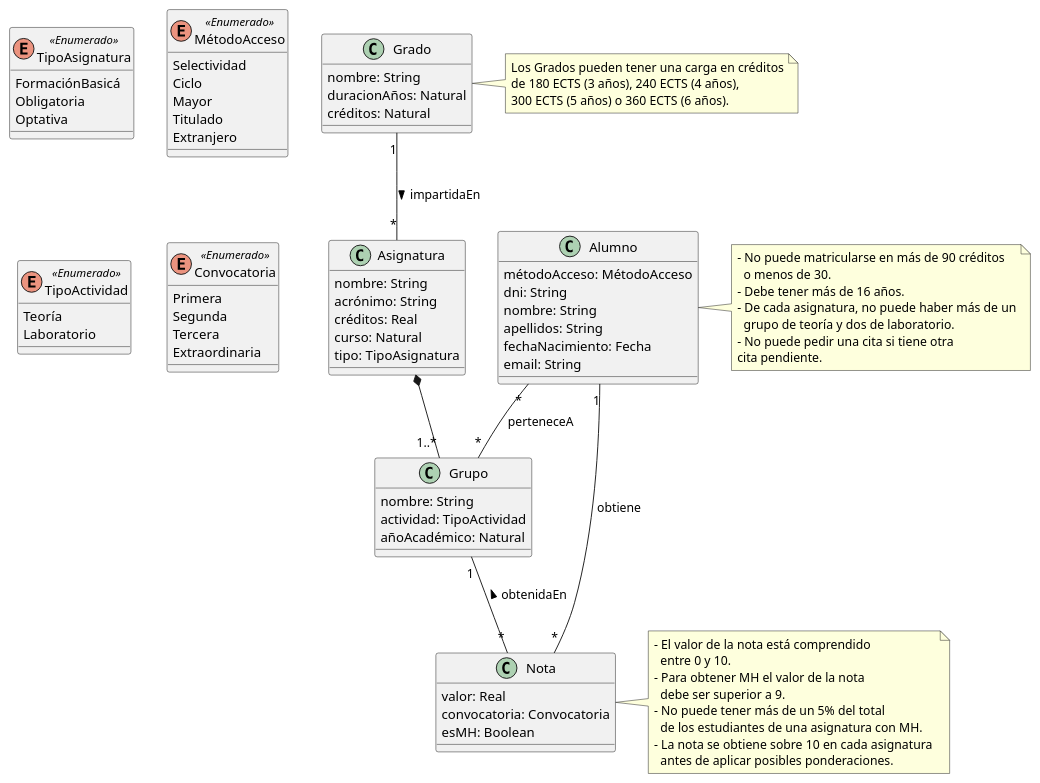
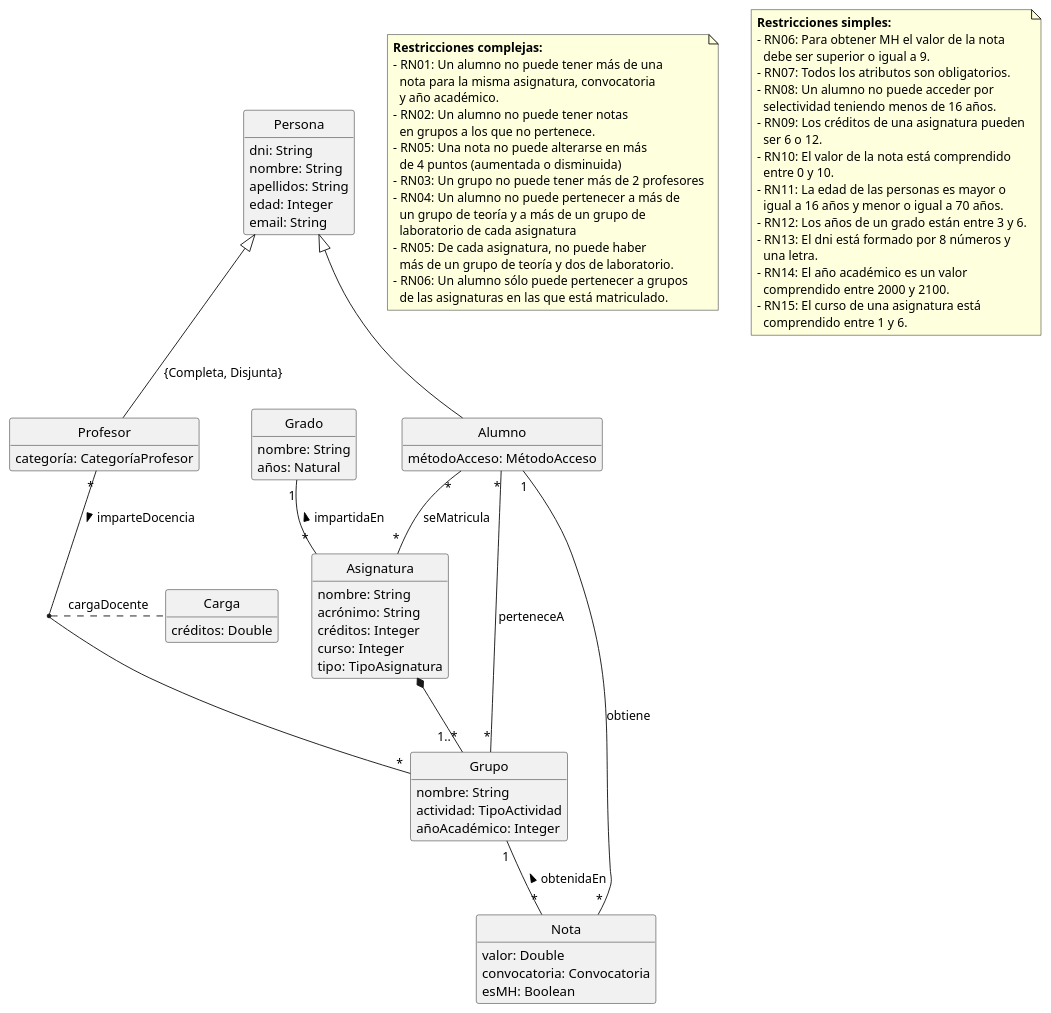
The first of 2 diagrams in sql/Grados/diagrams.puml (IISSI-US/silence-db), drawn with PlantUML before and after one commit. The commit also changed 23 other files, not shown here.

Commit message:
creada la BD de grados con sus disparadores, hay que hacer populate

```diff
--- a/sql/Grados/diagrams.puml
+++ b/sql/Grados/diagrams.puml
@@ -1,102 +1,105 @@
 @startuml grados-dc
+
+hide circle
+hide empty members
 
 class Grado {
     nombre: String
-    duracionAños: Natural
-    créditos: Natural
+    años: Natural
 }
 
 class Asignatura {
     nombre: String
     acrónimo: String
-    créditos: Real
-    curso: Natural
+    créditos: Integer
+    curso: Integer
     tipo: TipoAsignatura
 }
 
 class Grupo {
     nombre: String
     actividad: TipoActividad
-    añoAcadémico: Natural
+    añoAcadémico: Integer
+}
+
+class Persona{
+    dni: String
+    nombre: String
+    apellidos: String
+    edad: Integer
+    email: String
 }
 
 class Alumno {
     métodoAcceso: MétodoAcceso
-    dni: String
-    nombre: String
-    apellidos: String
-    fechaNacimiento: Fecha
-    email: String
+}
+
+class Profesor {
+    categoría: CategoríaProfesor
 }
 
 class Nota {
-    valor: Real
+    valor: Double
     convocatoria: Convocatoria
     esMH: Boolean
 }
 
-enum TipoAsignatura <<Enumerado>>{
-    FormaciónBasicá
-    Obligatoria
-    Optativa
+class Carga {
+    créditos: Double
 }
 
-enum TipoActividad <<Enumerado>>{
-    Teoría
-    Laboratorio
-}
-
-enum Convocatoria <<Enumerado>>{
-    Primera
-    Segunda
-    Tercera
-    Extraordinaria
-}
-
-enum MétodoAcceso <<Enumerado>>{
-    Selectividad
-    Ciclo
-    Mayor
-    Titulado
-    Extranjero
-}
-
-
-Grado "1" -- "*" Asignatura : impartidaEn >
+Persona <|-- Alumno
+Persona <|-- Profesor: {Completa, Disjunta}
+Profesor "*" -- "*" Grupo : imparteDocencia >
+(Profesor,Grupo) .. Carga : cargaDocente 
+Grado "1" -- "*" Asignatura : impartidaEn <
 Asignatura  *-- "1..*" Grupo 
 Alumno "*" -- "*" Grupo : perteneceA
 Alumno "1" -- "*" Nota : obtiene
 Grupo "1" -- "*" Nota : obtenidaEn <
-TipoAsignatura -d[hidden]- TipoActividad
-TipoActividad -r[hidden]- Convocatoria
-Convocatoria -u[hidden]- MétodoAcceso
+Alumno "*" -- "*" Asignatura : seMatricula
 
-'Agregamos restricciones al modelo
-note right of Grado
-     Los Grados pueden tener una carga en créditos
-     de 180 ECTS (3 años), 240 ECTS (4 años), 
-     300 ECTS (5 años) o 360 ECTS (6 años).
+'Triggers
+note as RestriccionesComplejas
+  **Restricciones complejas:**
+  - RN01: Un alumno no puede tener más de una
+    nota para la misma asignatura, convocatoria 
+    y año académico.
+  - RN02: Un alumno no puede tener notas 
+    en grupos a los que no pertenece.
+  - RN05: Una nota no puede alterarse en más 
+    de 4 puntos (aumentada o disminuida)
+  - RN03: Un grupo no puede tener más de 2 profesores
+  - RN04: Un alumno no puede pertenecer a más de 
+    un grupo de teoría y a más de un grupo de 
+    laboratorio de cada asignatura
+  - RN05: De cada asignatura, no puede haber 
+    más de un grupo de teoría y dos de laboratorio.
+  - RN06: Un alumno sólo puede pertenecer a grupos
+    de las asignaturas en las que está matriculado.
 end note
 
-note right of Nota
-    - El valor de la nota está comprendido 
-      entre 0 y 10.
-    - Para obtener MH el valor de la nota 
-      debe ser superior a 9.
-    - No puede tener más de un 5% del total 
-      de los estudiantes de una asignatura con MH.
-    - La nota se obtiene sobre 10 en cada asignatura 
-      antes de aplicar posibles ponderaciones.
-end note
-
-note right of Alumno
-    - No puede matricularse en más de 90 créditos
-      o menos de 30.
-    - Debe tener más de 16 años.
-    - De cada asignatura, no puede haber más de un
-      grupo de teoría y dos de laboratorio.
-    - No puede pedir una cita si tiene otra 
-    cita pendiente.
+'Checkers
+note as RestriccionesSimples
+  **Restricciones simples:**
+  - RN06: Para obtener MH el valor de la nota 
+    debe ser superior o igual a 9.
+  - RN07: Todos los atributos son obligatorios.
+  - RN08: Un alumno no puede acceder por 
+    selectividad teniendo menos de 16 años.
+  - RN09: Los créditos de una asignatura pueden
+    ser 6 o 12.
+  - RN10: El valor de la nota está comprendido 
+    entre 0 y 10.
+  - RN11: La edad de las personas es mayor o 
+    igual a 16 años y menor o igual a 70 años.
+  - RN12: Los años de un grado están entre 3 y 6.
+  - RN13: El dni está formado por 8 números y 
+    una letra.
+  - RN14: El año académico es un valor 
+    comprendido entre 2000 y 2100.
+  - RN15: El curso de una asignatura está 
+    comprendido entre 1 y 6.
 end note
 
 @enduml
```
